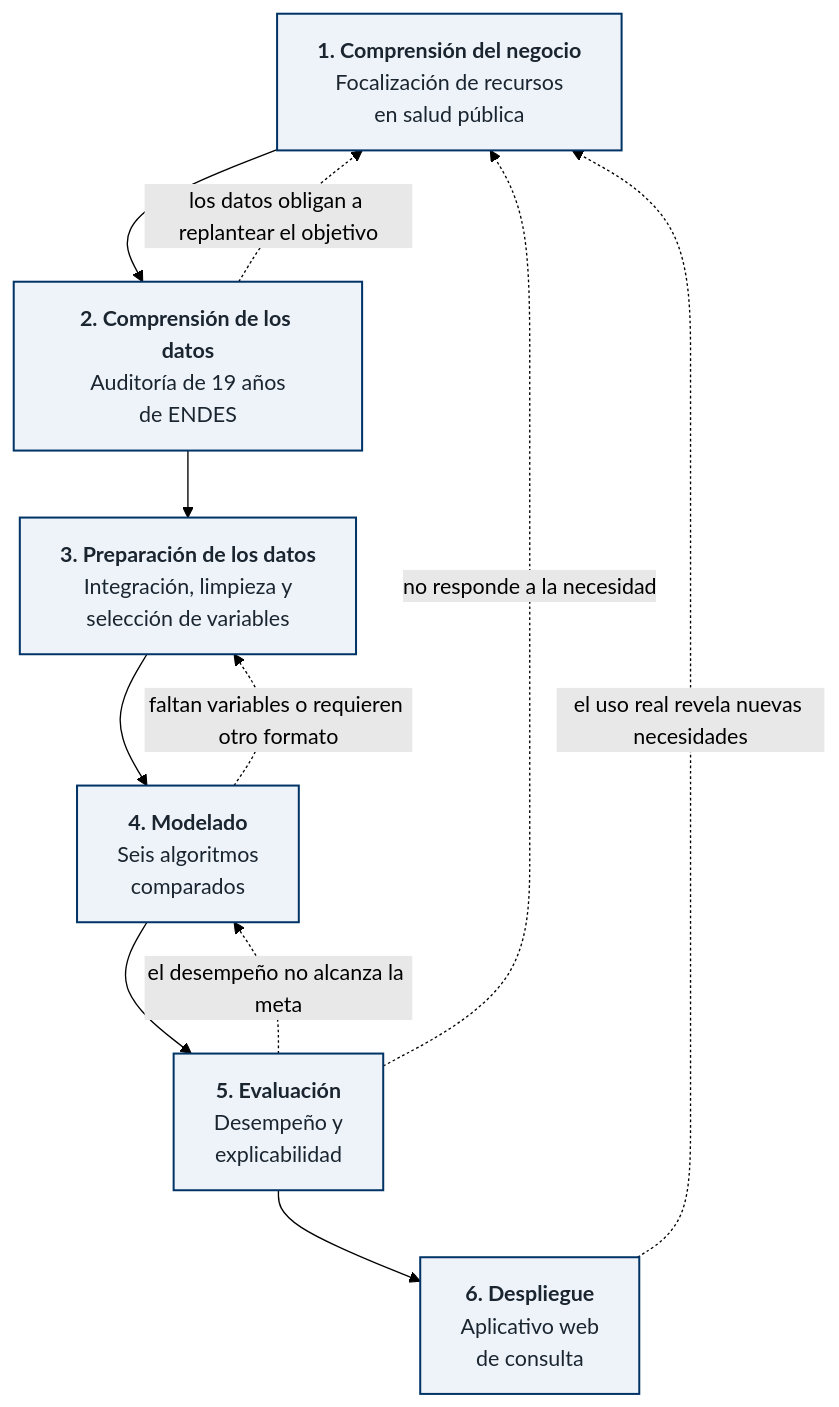
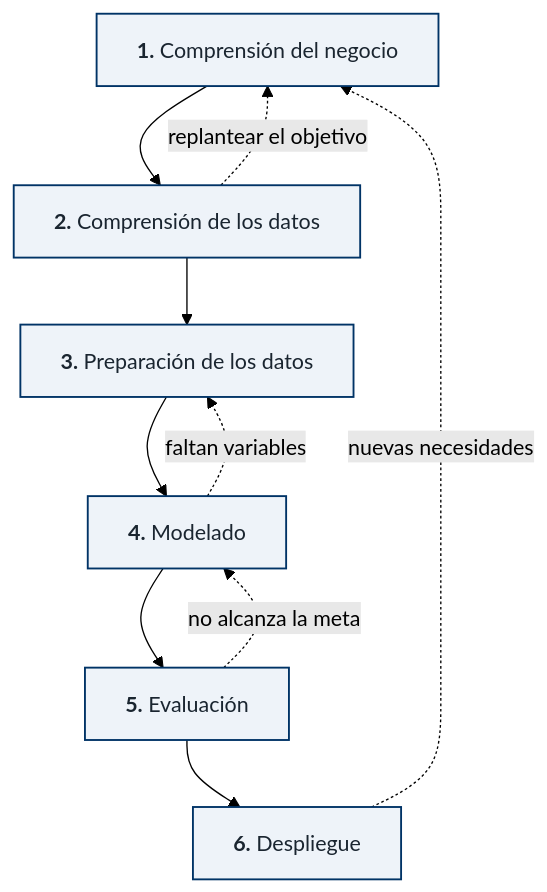
Before and after one commit to abelguevara-upeu/malnutrition-research: the diagram in docs/docs/solicitud_validacion_expertos.md, drawn with Mermaid (forest theme). The commit also changed other lines of this file and 3 other files, not shown here.

First line of the commit message:
docs: inline the team emails and fit the method diagram

````diff
--- a/docs/docs/solicitud_validacion_expertos.md
+++ b/docs/docs/solicitud_validacion_expertos.md
@@ -50,20 +45,19 @@
 ```mermaid
 flowchart TB
-  F1["<b>1. Comprensión del negocio</b><br/>Focalización de recursos<br/>en salud pública"]
-  F2["<b>2. Comprensión de los datos</b><br/>Auditoría de 19 años<br/>de ENDES"]
-  F3["<b>3. Preparación de los datos</b><br/>Integración, limpieza y<br/>selección de variables"]
-  F4["<b>4. Modelado</b><br/>Seis algoritmos<br/>comparados"]
-  F5["<b>5. Evaluación</b><br/>Desempeño y<br/>explicabilidad"]
-  F6["<b>6. Despliegue</b><br/>Aplicativo web<br/>de consulta"]
+  F1["<b>1.</b> Comprensión del negocio"]
+  F2["<b>2.</b> Comprensión de los datos"]
+  F3["<b>3.</b> Preparación de los datos"]
+  F4["<b>4.</b> Modelado"]
+  F5["<b>5.</b> Evaluación"]
+  F6["<b>6.</b> Despliegue"]
 
   F1 --> F2 --> F3 --> F4 --> F5 --> F6
 
-  F2 -. "los datos obligan a replantear el objetivo" .-> F1
-  F4 -. "faltan variables o requieren otro formato" .-> F3
-  F5 -. "el desempeño no alcanza la meta" .-> F4
-  F5 -. "no responde a la necesidad" .-> F1
-  F6 -. "el uso real revela nuevas necesidades" .-> F1
+  F2 -. "replantear el objetivo" .-> F1
+  F4 -. "faltan variables" .-> F3
+  F5 -. "no alcanza la meta" .-> F4
+  F6 -. "nuevas necesidades" .-> F1
 
-  classDef fase fill:#eef3f9,stroke:#003366,stroke-width:1.5px,color:#1a2530
+  classDef fase fill:#eef3f9,stroke:#003366,stroke-width:1.4px,color:#1a2530
   class F1,F2,F3,F4,F5,F6 fase
 ```
````
